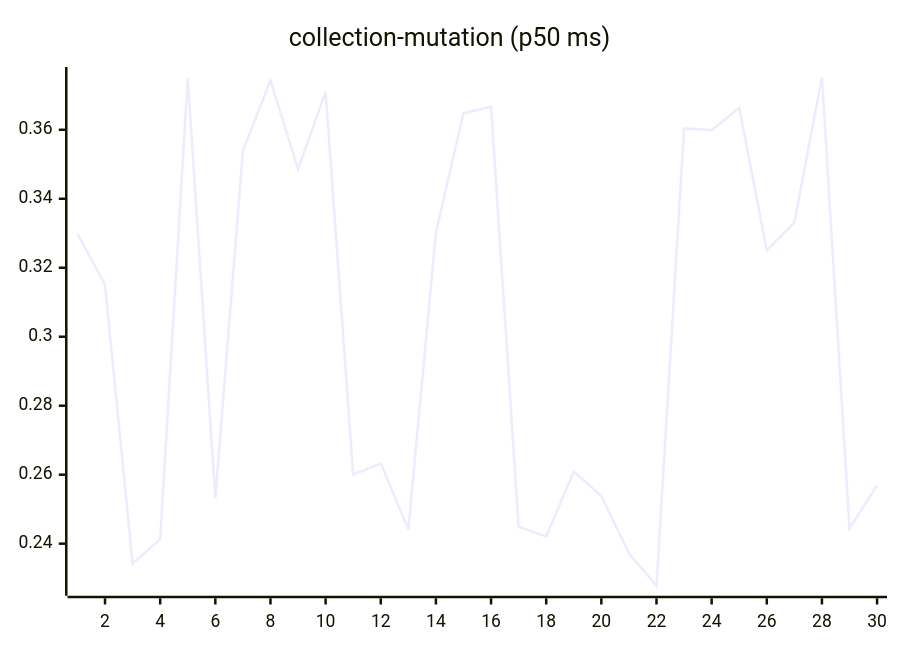
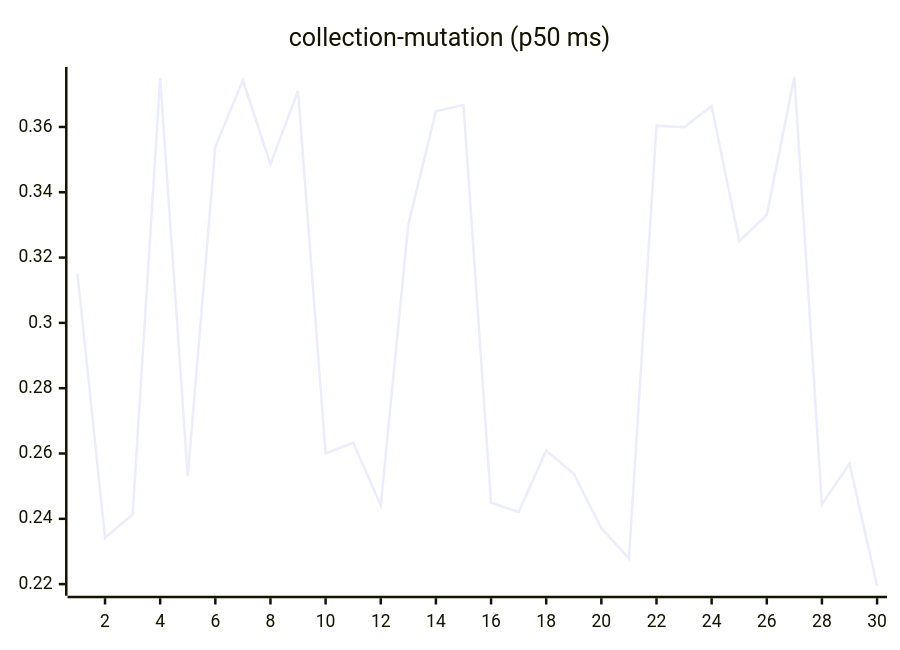
One commit to josha/Facet changed the sixth of 27 diagrams in README.md. Above: the diagram before and after it, drawn with Mermaid. The commit also changed other lines of this file and 2 other files, not shown here.

````diff
--- a/README.md
+++ b/README.md
@@ -98,6 +98,6 @@
 ```mermaid
 xychart-beta
     title "collection-mutation (p50 ms)"
     x-axis 1 --> 30
-    line [0.3298, 0.3151, 0.2342, 0.2413, 0.3750, 0.2531, 0.3539, 0.3743, 0.3486, 0.3710, 0.2600, 0.2633, 0.2441, 0.3302, 0.3648, 0.3667, 0.2449, 0.2421, 0.2609, 0.2538, 0.2372, 0.2278, 0.3604, 0.3599, 0.3664, 0.3250, 0.3331, 0.3753, 0.2444, 0.2569]
+    line [0.3151, 0.2342, 0.2413, 0.3750, 0.2531, 0.3539, 0.3743, 0.3486, 0.3710, 0.2600, 0.2633, 0.2441, 0.3302, 0.3648, 0.3667, 0.2449, 0.2421, 0.2609, 0.2538, 0.2372, 0.2278, 0.3604, 0.3599, 0.3664, 0.3250, 0.3331, 0.3753, 0.2444, 0.2569, 0.2195]
 ```
````
